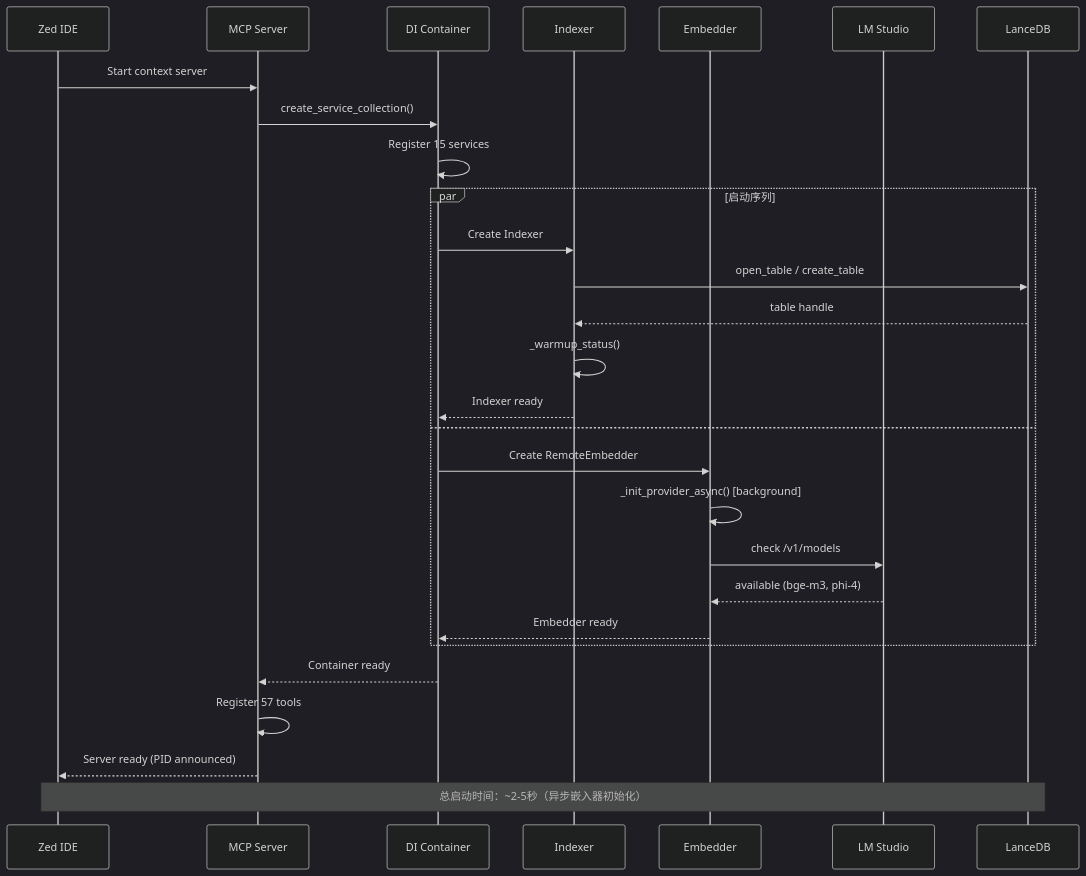
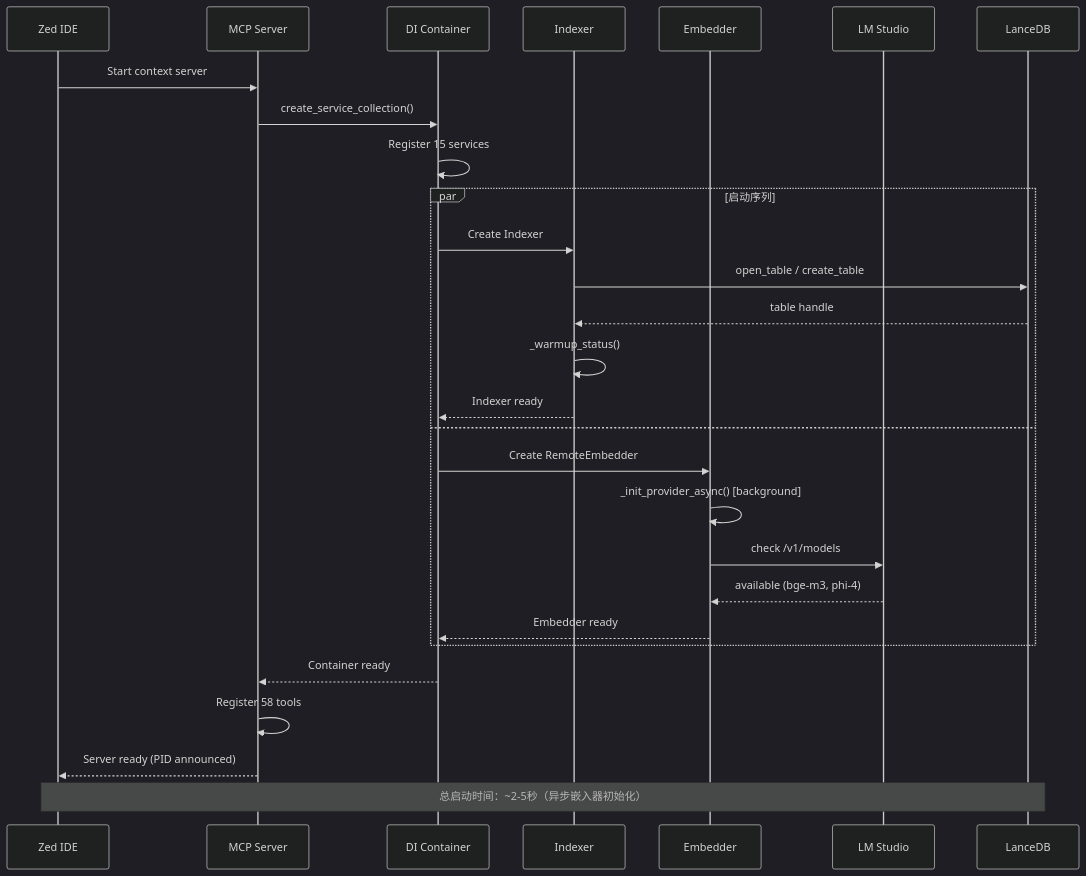
Before and after one commit to ManSio/mscodebase-intelligence: the fifth of 8 diagrams in docs/zh/ARCHITECTURE_DEEP.md, drawn with Mermaid (dark theme). The commit also changed other lines of this file and 56 other files, not shown here.

````diff
--- a/docs/zh/ARCHITECTURE_DEEP.md
+++ b/docs/zh/ARCHITECTURE_DEEP.md
@@ -178,34 +178,34 @@
 ```mermaid
 sequenceDiagram
     participant Zed as Zed IDE
     participant MCP as MCP Server
     participant DI as DI Container
     participant IX as Indexer
     participant EM as Embedder
     participant LM as LM Studio
     participant DB as LanceDB
 
     Zed->>MCP: Start context server
     MCP->>DI: create_service_collection()
     DI->>DI: Register 15 services
     
     par 启动序列
         DI->>IX: Create Indexer
         IX->>DB: open_table / create_table
         DB-->>IX: table handle
         IX->>IX: _warmup_status()
         IX-->>DI: Indexer ready
     and
         DI->>EM: Create RemoteEmbedder
         EM->>EM: _init_provider_async() [background]
         EM->>LM: check /v1/models
         LM-->>EM: available (bge-m3, phi-4)
         EM-->>DI: Embedder ready
     end
     
     DI-->>MCP: Container ready
-    MCP->>MCP: Register 57 tools
+    MCP->>MCP: Register 58 tools
     MCP-->>Zed: Server ready (PID announced)
     
     Note over Zed,DB: 总启动时间：~2-5秒（异步嵌入器初始化）
 ```
````
